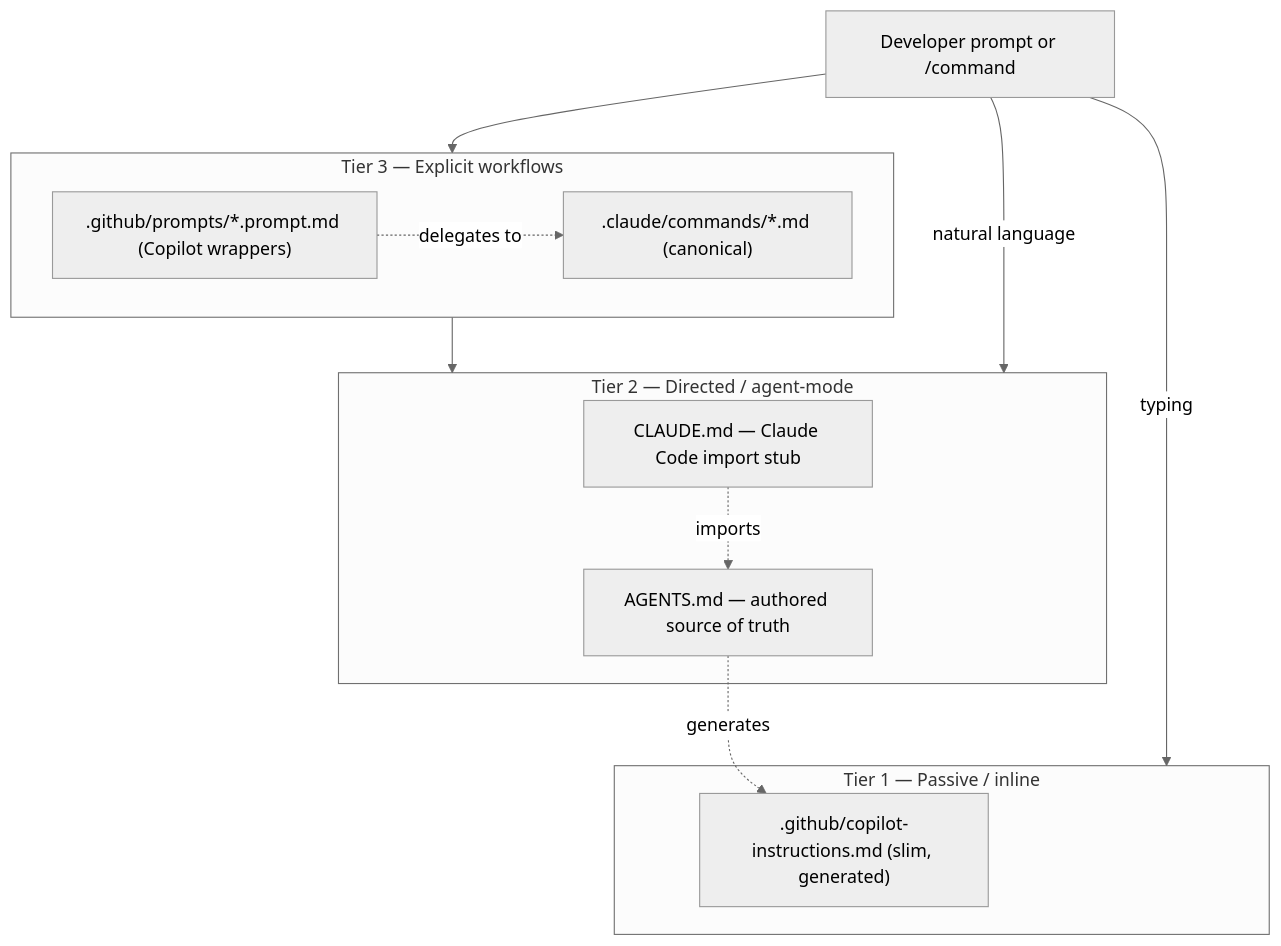
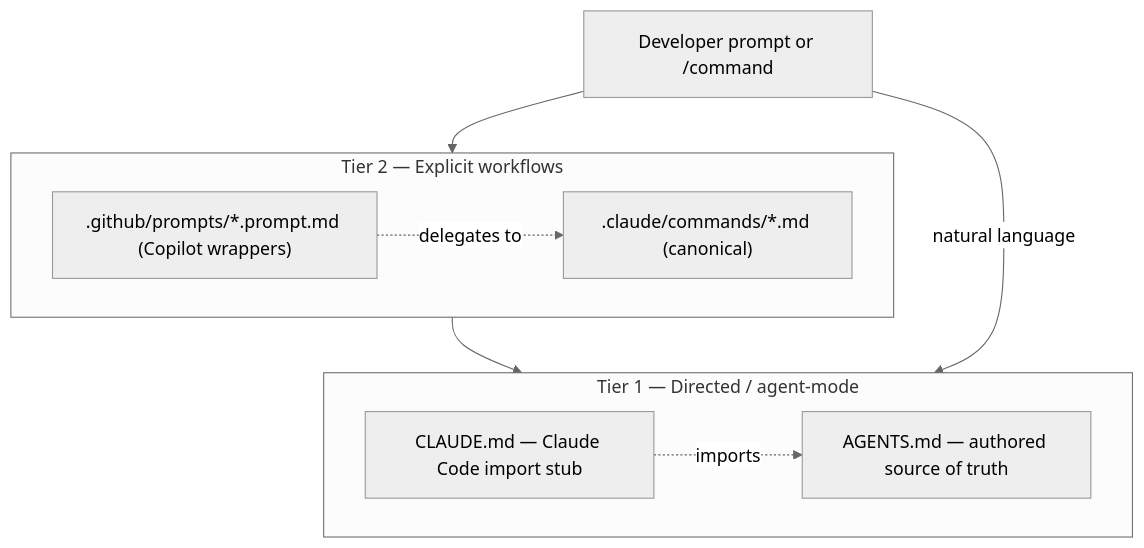
Before and after one commit to andreoucostas/ai-tech-lead: the first of 3 diagrams in dist/angular/docs/ARCHITECTURE.md, drawn with Mermaid (neutral theme). The commit also changed other lines of this file and 135 other files, not shown here.

````diff
--- a/dist/angular/docs/ARCHITECTURE.md
+++ b/dist/angular/docs/ARCHITECTURE.md
@@ -18,21 +18,16 @@
 ```mermaid
 flowchart TD
     Dev[Developer prompt or /command]
-    subgraph T3[Tier 3 — Explicit workflows]
+    subgraph T2[Tier 2 — Explicit workflows]
       C[".claude/commands/*.md (canonical)"]
       P[".github/prompts/*.prompt.md (Copilot wrappers)"]
     end
-    subgraph T2[Tier 2 — Directed / agent-mode]
+    subgraph T1[Tier 1 — Directed / agent-mode]
       CL[CLAUDE.md — Claude Code import stub]
       AG[AGENTS.md — authored source of truth]
     end
-    subgraph T1[Tier 1 — Passive / inline]
-      CI[".github/copilot-instructions.md (slim, generated)"]
-    end
-    Dev --> T3 --> T2
-    Dev -->|natural language| T2
-    Dev -->|typing| T1
+    Dev --> T2 --> T1
+    Dev -->|natural language| T1
     CL -. imports .-> AG
-    AG -. generates .-> CI
     P -. delegates to .-> C
 ```
````
